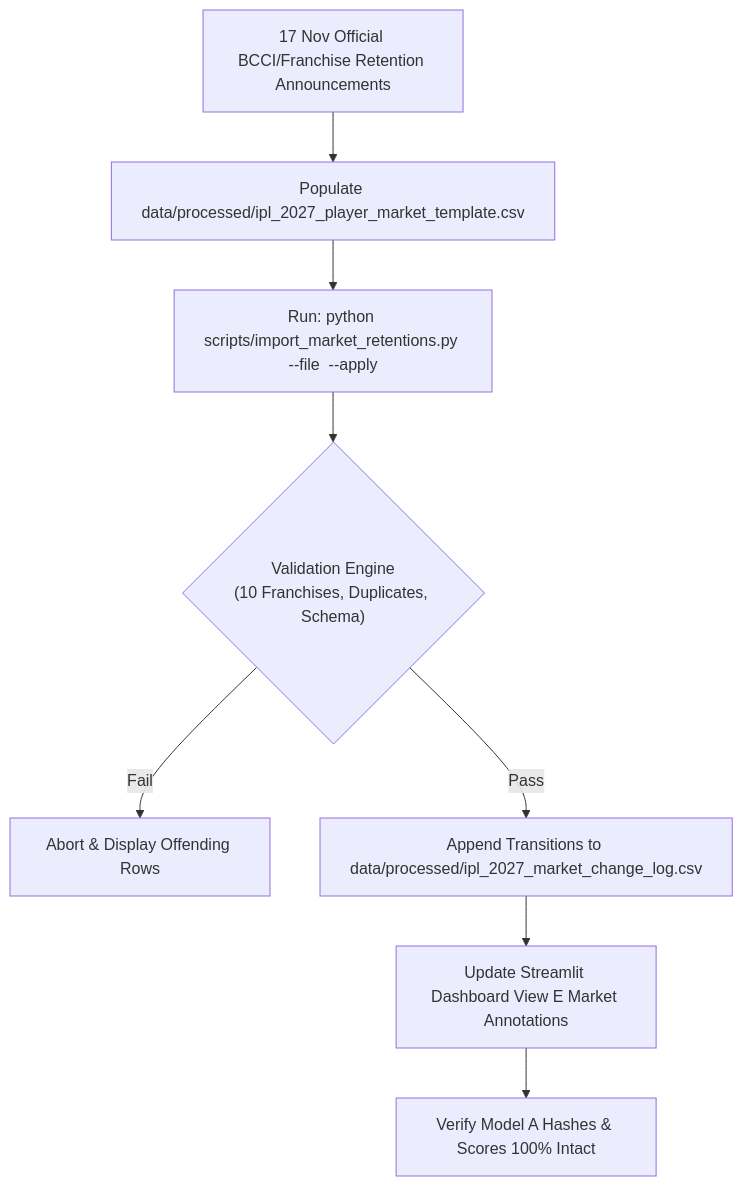
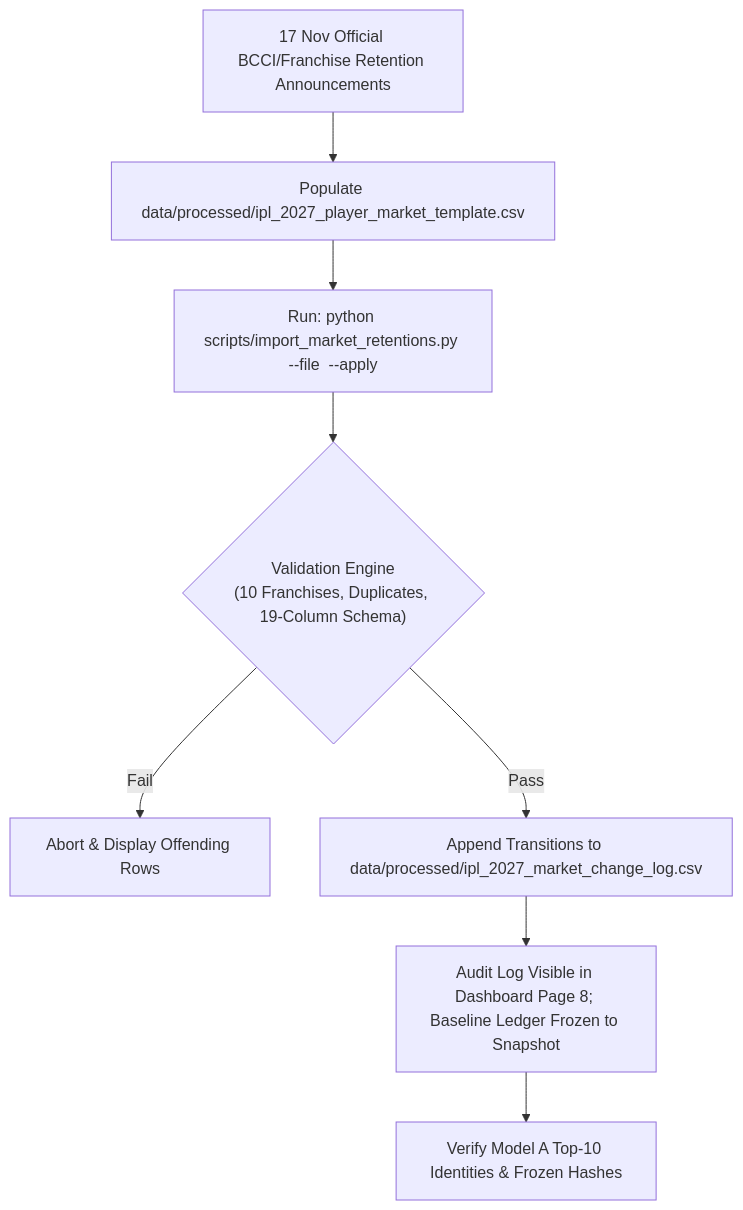
Before and after one commit to kiran-source/PRESSUREIQ: the diagram in docs/NOV17_RETENTION_UPDATE_RUNBOOK.md, drawn with Mermaid. The commit also changed other lines of this file and 29 other files, not shown here.

````diff
--- a/docs/NOV17_RETENTION_UPDATE_RUNBOOK.md
+++ b/docs/NOV17_RETENTION_UPDATE_RUNBOOK.md
@@ -17,10 +17,10 @@
 ```mermaid
 flowchart TD
     Official["17 Nov Official BCCI/Franchise Retention Announcements"] --> ManualCSV["Populate data/processed/ipl_2027_player_market_template.csv"]
     ManualCSV --> ImportScript["Run: python scripts/import_market_retentions.py --file <csv> --apply"]
-    ImportScript --> Validation{"Validation Engine<br/>(10 Franchises, Duplicates, Schema)"}
+    ImportScript --> Validation{"Validation Engine<br/>(10 Franchises, Duplicates, 19-Column Schema)"}
     Validation -- "Fail" --> Abort["Abort & Display Offending Rows"]
     Validation -- "Pass" --> ChangeLog["Append Transitions to data/processed/ipl_2027_market_change_log.csv"]
-    ChangeLog --> Dashboard["Update Streamlit Dashboard View E Market Annotations"]
-    Dashboard --> IntegrityCheck["Verify Model A Hashes & Scores 100% Intact"]
+    ChangeLog --> Dashboard["Audit Log Visible in Dashboard Page 8; Baseline Ledger Frozen to Snapshot"]
+    Dashboard --> IntegrityCheck["Verify Model A Top-10 Identities & Frozen Hashes"]
 ```
````
